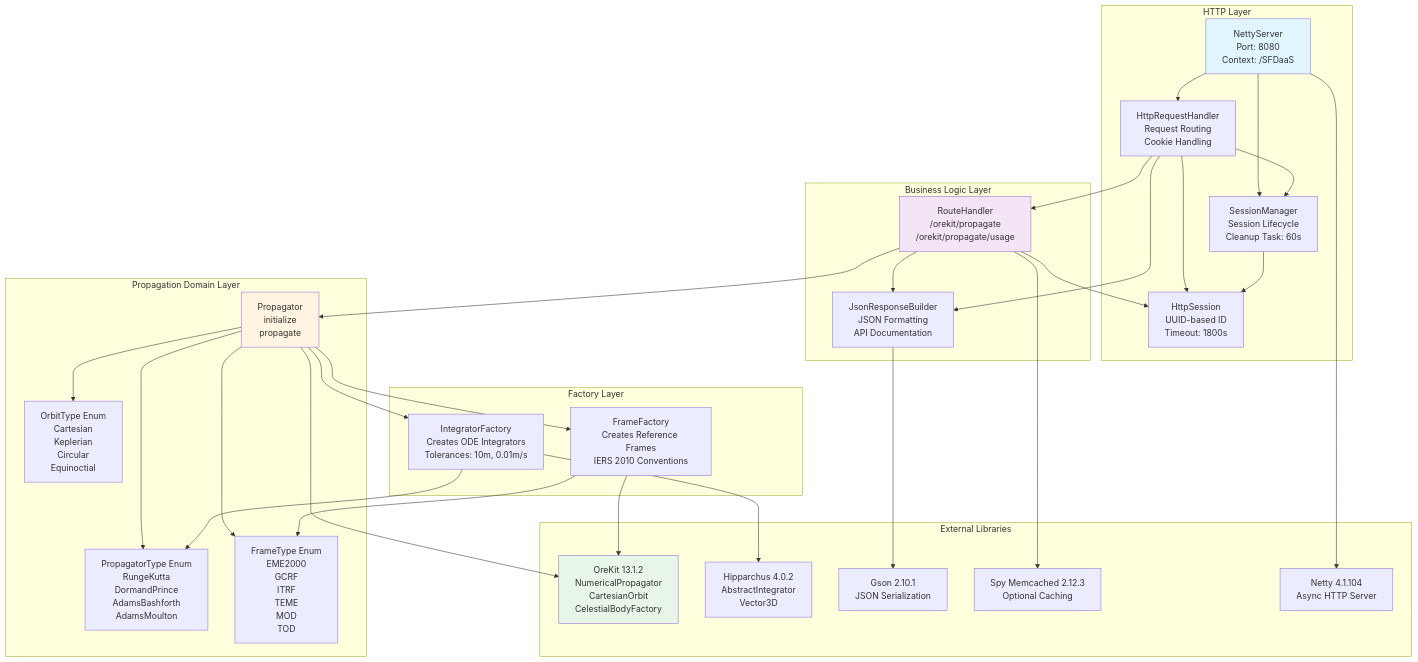
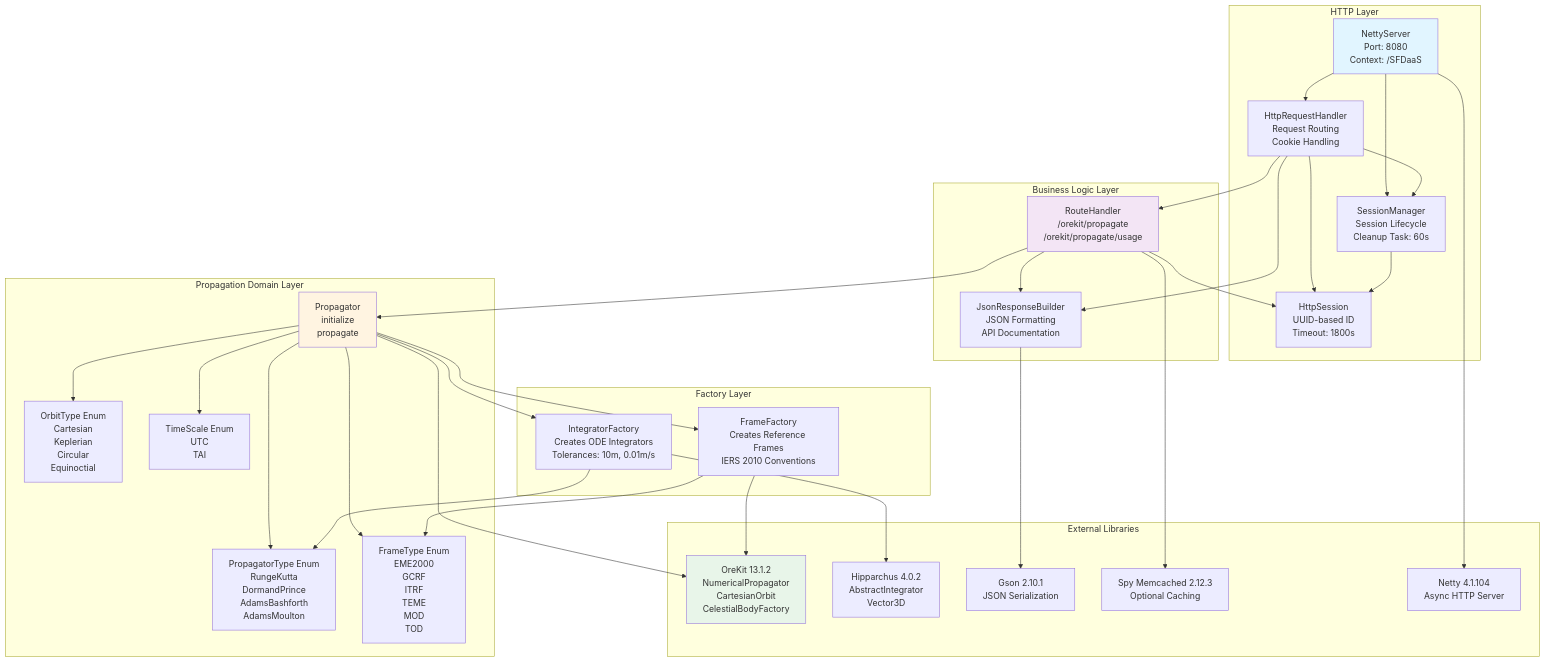
One commit to haisamido/SFDaaS changed the third of 4 diagrams in docs/entity-relationship-diagram.md. Above: the diagram before and after it, drawn with Mermaid. The commit also changed other lines of this file, not shown here.

First line of the commit message:
Updated ERD to document TimeScale implementation

````diff
--- a/docs/entity-relationship-diagram.md
+++ b/docs/entity-relationship-diagram.md
@@ -242,70 +253,72 @@
 ```mermaid
 graph TB
     subgraph "HTTP Layer"
         NettyServer[NettyServer<br/>Port: 8080<br/>Context: /SFDaaS]
         HttpRequestHandler[HttpRequestHandler<br/>Request Routing<br/>Cookie Handling]
         SessionManager[SessionManager<br/>Session Lifecycle<br/>Cleanup Task: 60s]
         HttpSession[HttpSession<br/>UUID-based ID<br/>Timeout: 1800s]
     end
 
     subgraph "Business Logic Layer"
         RouteHandler[RouteHandler<br/>/orekit/propagate<br/>/orekit/propagate/usage]
         JsonResponseBuilder[JsonResponseBuilder<br/>JSON Formatting<br/>API Documentation]
     end
 
     subgraph "Propagation Domain Layer"
         Propagator[Propagator<br/>initialize<br/>propagate]
         PropagatorType[PropagatorType Enum<br/>RungeKutta<br/>DormandPrince<br/>AdamsBashforth<br/>AdamsMoulton]
         FrameType[FrameType Enum<br/>EME2000<br/>GCRF<br/>ITRF<br/>TEME<br/>MOD<br/>TOD]
         OrbitType[OrbitType Enum<br/>Cartesian<br/>Keplerian<br/>Circular<br/>Equinoctial]
+        TimeScale[TimeScale Enum<br/>UTC<br/>TAI]
     end
 
     subgraph "Factory Layer"
         IntegratorFactory[IntegratorFactory<br/>Creates ODE Integrators<br/>Tolerances: 10m, 0.01m/s]
         FrameFactory[FrameFactory<br/>Creates Reference Frames<br/>IERS 2010 Conventions]
     end
 
     subgraph "External Libraries"
         OreKit[OreKit 13.1.2<br/>NumericalPropagator<br/>CartesianOrbit<br/>CelestialBodyFactory]
         Hipparchus[Hipparchus 4.0.2<br/>AbstractIntegrator<br/>Vector3D]
         Gson[Gson 2.10.1<br/>JSON Serialization]
         Memcached[Spy Memcached 2.12.3<br/>Optional Caching]
         Netty[Netty 4.1.104<br/>Async HTTP Server]
     end
 
     NettyServer --> HttpRequestHandler
     NettyServer --> SessionManager
     NettyServer --> Netty
 
     HttpRequestHandler --> RouteHandler
     HttpRequestHandler --> SessionManager
     HttpRequestHandler --> HttpSession
     HttpRequestHandler --> JsonResponseBuilder
 
     SessionManager --> HttpSession
 
     RouteHandler --> Propagator
     RouteHandler --> HttpSession
     RouteHandler --> JsonResponseBuilder
     RouteHandler --> Memcached
 
     JsonResponseBuilder --> Gson
 
     Propagator --> PropagatorType
     Propagator --> FrameType
     Propagator --> OrbitType
+    Propagator --> TimeScale
     Propagator --> IntegratorFactory
     Propagator --> FrameFactory
     Propagator --> OreKit
 
     IntegratorFactory --> PropagatorType
     IntegratorFactory --> Hipparchus
 
     FrameFactory --> FrameType
     FrameFactory --> OreKit
 
     style NettyServer fill:#e1f5ff
     style Propagator fill:#fff4e1
     style OreKit fill:#e8f5e9
     style RouteHandler fill:#f3e5f5
 ```
````
